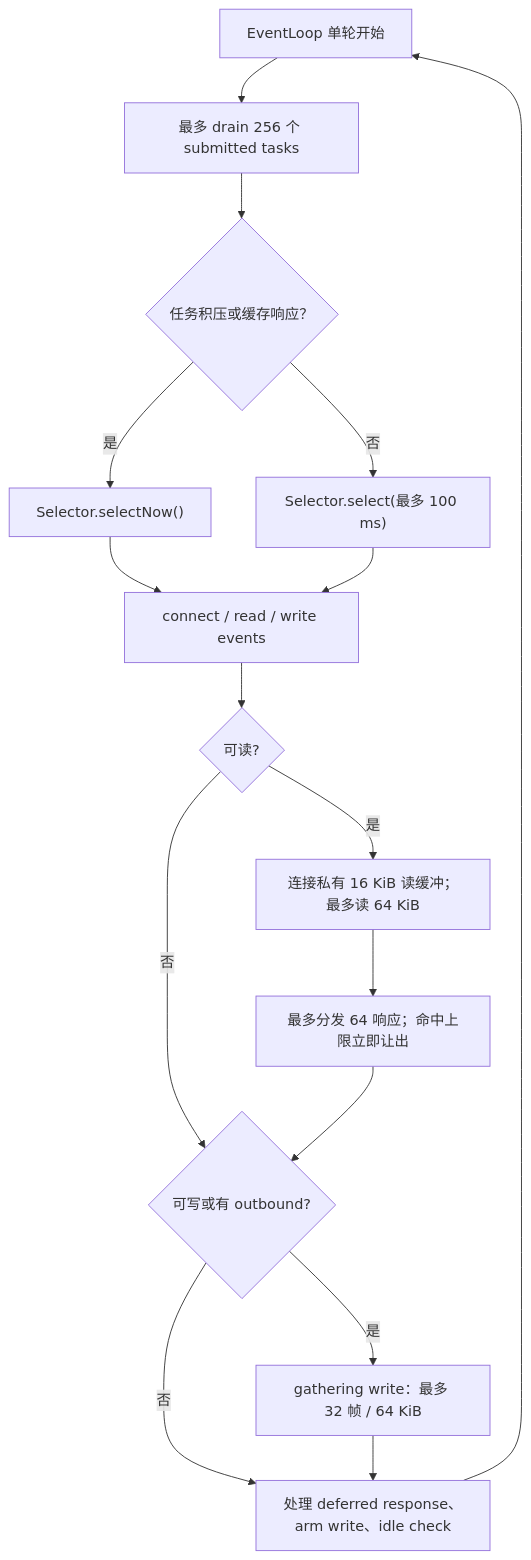
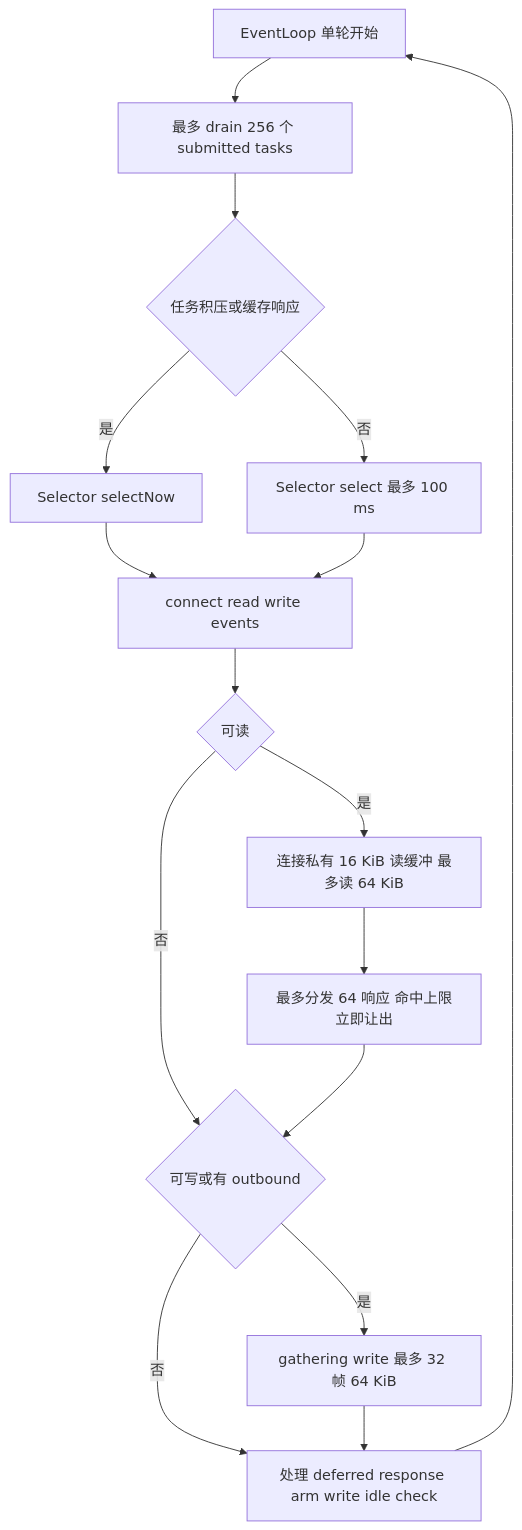
One commit to susongyan/boba-straw changed the fourth of 5 diagrams in docs/architecture/network-model.md. Above: the diagram before and after it, drawn with Mermaid. The commit also changed other lines of this file and 22 other files, not shown here.

````diff
--- a/docs/architecture/network-model.md
+++ b/docs/architecture/network-model.md
@@ -178,18 +197,18 @@
 ```mermaid
-flowchart TD
-    Begin["EventLoop 单轮开始"] --> Tasks["最多 drain 256 个 submitted tasks"]
-    Tasks --> Ready{"任务积压或缓存响应？"}
-    Ready -->|"是"| Poll["Selector.selectNow()"]
-    Ready -->|"否"| Wait["Selector.select(最多 100 ms)"]
-    Poll --> Events["connect / read / write events"]
+graph TD
+    Begin[EventLoop 单轮开始] --> Tasks[最多 drain 256 个 submitted tasks]
+    Tasks --> Ready{任务积压或缓存响应}
+    Ready -->|是| Poll[Selector selectNow]
+    Ready -->|否| Wait[Selector select 最多 100 ms]
+    Poll --> Events[connect read write events]
     Wait --> Events
-    Events --> Read{"可读?"}
-    Read -->|"是"| Decode["连接私有 16 KiB 读缓冲；最多读 64 KiB"]
-    Decode --> Dispatch["最多分发 64 响应；命中上限立即让出"]
-    Read -->|"否"| Write
-    Dispatch --> Write{"可写或有 outbound?"}
-    Write -->|"是"| Flush["gathering write：最多 32 帧 / 64 KiB"]
-    Write -->|"否"| Tick
-    Flush --> Tick["处理 deferred response、arm write、idle check"]
+    Events --> Read{可读}
+    Read -->|是| Decode[连接私有 16 KiB 读缓冲 最多读 64 KiB]
+    Decode --> Dispatch[最多分发 64 响应 命中上限立即让出]
+    Read -->|否| Write
+    Dispatch --> Write{可写或有 outbound}
+    Write -->|是| Flush[gathering write 最多 32 帧 64 KiB]
+    Write -->|否| Tick
+    Flush --> Tick[处理 deferred response arm write idle check]
     Tick --> Begin
 ```
````
